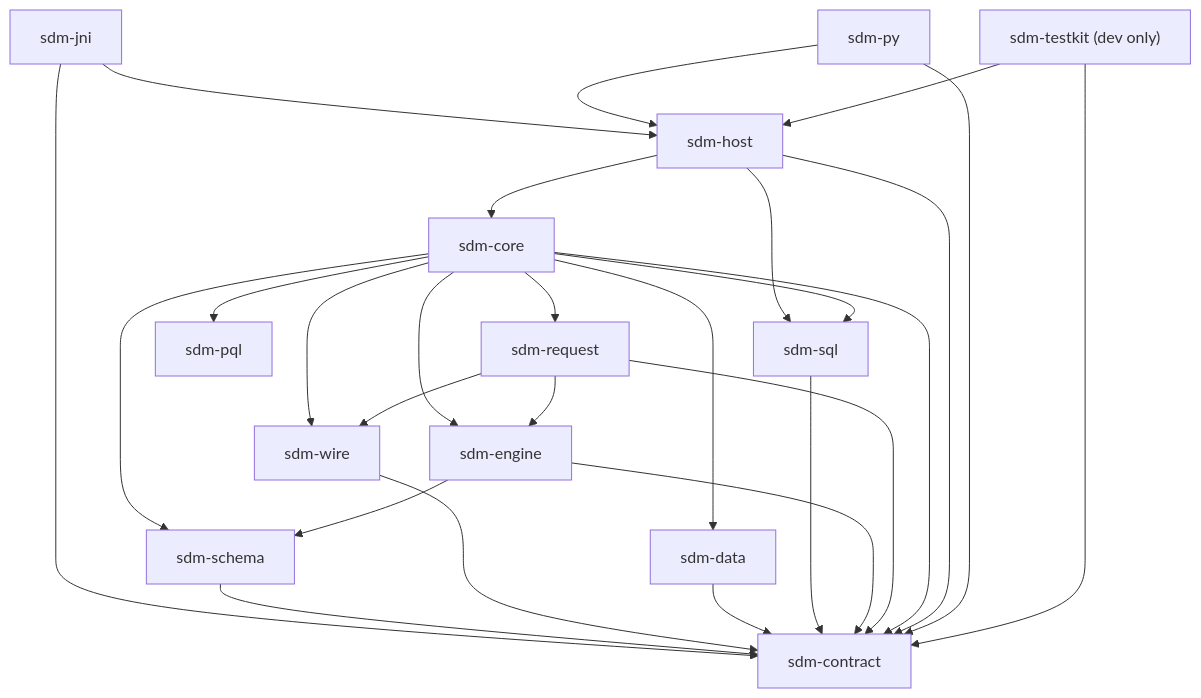
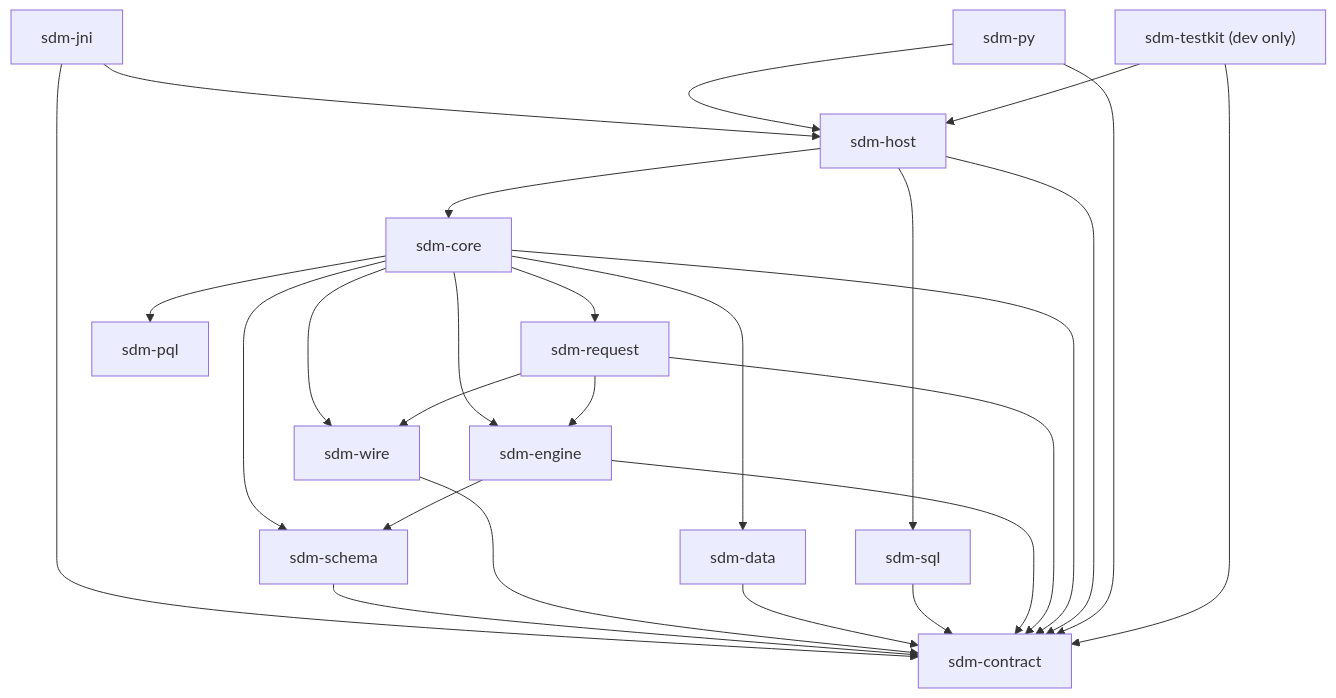
The diagram in rust/README.md (NVIDIA/structured-data-models-client), drawn with Mermaid before and after one commit. The commit also changed other lines of this file and 44 other files, not shown here.

````diff
--- a/rust/README.md
+++ b/rust/README.md
@@ -40,29 +39,28 @@
 ```mermaid
 flowchart TD
     sdm_jni["sdm-jni"] --> sdm_host
     sdm_jni --> sdm_contract
     sdm_py["sdm-py"] --> sdm_host["sdm-host"]
     sdm_testkit["sdm-testkit (dev only)"] --> sdm_host
     sdm_host --> sdm_core["sdm-core"]
     sdm_host --> sdm_sql["sdm-sql"]
     sdm_core --> sdm_data["sdm-data"]
-    sdm_core --> sdm_sql
     sdm_core --> sdm_request["sdm-request"]
     sdm_core --> sdm_engine["sdm-engine"]
     sdm_core --> sdm_schema["sdm-schema"]
     sdm_core --> sdm_wire["sdm-wire"]
     sdm_core --> sdm_pql["sdm-pql"]
     sdm_request --> sdm_engine
     sdm_request --> sdm_wire
     sdm_engine --> sdm_schema
     sdm_schema --> sdm_contract["sdm-contract"]
     sdm_wire --> sdm_contract
     sdm_data --> sdm_contract
     sdm_sql --> sdm_contract
     sdm_engine --> sdm_contract
     sdm_request --> sdm_contract
     sdm_core --> sdm_contract
     sdm_host --> sdm_contract
     sdm_py --> sdm_contract
     sdm_testkit --> sdm_contract
 ```
````
